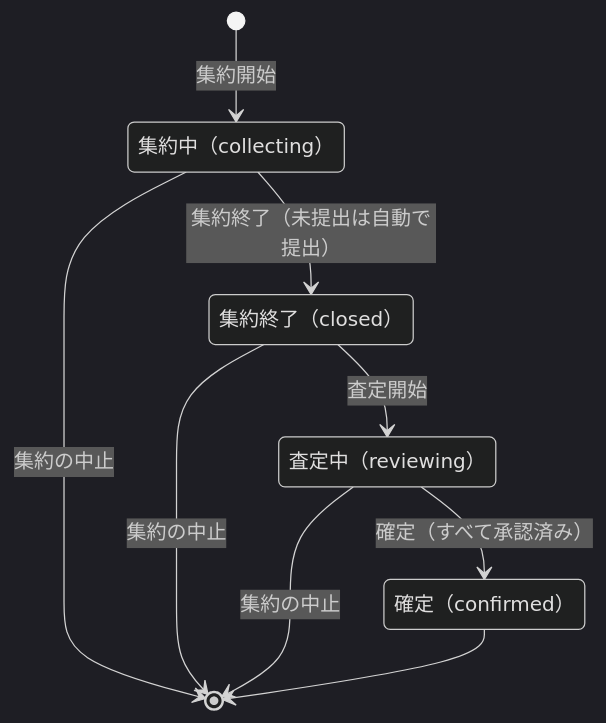
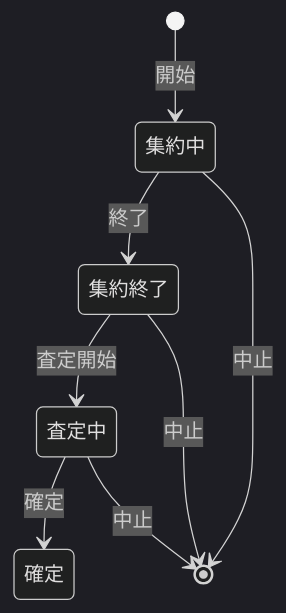
One commit to Kota-Ohira17/expenditure changed diagram 15 of 18 in docs/仕様書.md. Above: the diagram before and after it, drawn with Mermaid (dark theme). The commit also changed other lines of this file, not shown here.

Commit message:
仕様書のMermaid図を短く描き直す

````diff
--- a/docs/仕様書.md
+++ b/docs/仕様書.md
@@ -1453,15 +1352,14 @@
 ```mermaid
 stateDiagram-v2
-    [*] --> collecting: 集約開始
-    state "集約中（collecting）" as collecting
-    state "集約終了（closed）" as closed
-    state "査定中（reviewing）" as reviewing
-    state "確定（confirmed）" as confirmed
-    collecting --> closed: 集約終了（未提出は自動で提出）
-    closed --> reviewing: 査定開始
-    reviewing --> confirmed: 確定（すべて承認済み）
-    collecting --> [*]: 集約の中止
-    closed --> [*]: 集約の中止
-    reviewing --> [*]: 集約の中止
-    confirmed --> [*]
+    state "集約中" as A
+    state "集約終了" as B
+    state "査定中" as C
+    state "確定" as D
+    [*] --> A: 開始
+    A --> B: 終了
+    B --> C: 査定開始
+    C --> D: 確定
+    A --> [*]: 中止
+    B --> [*]: 中止
+    C --> [*]: 中止
 ```
````
